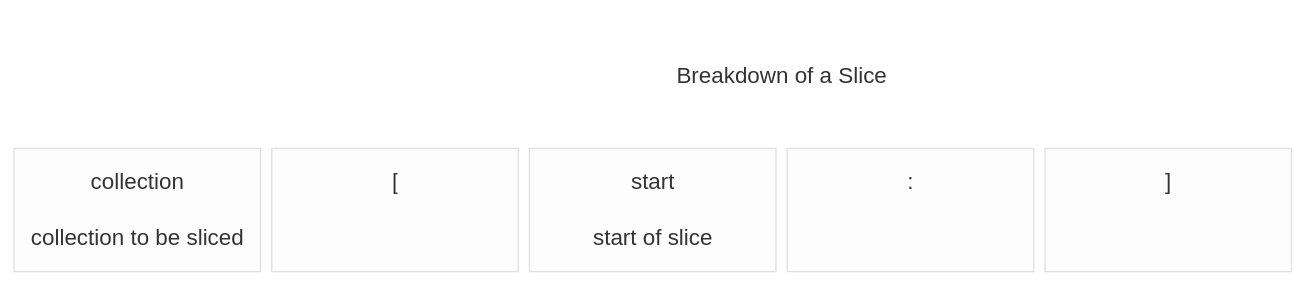
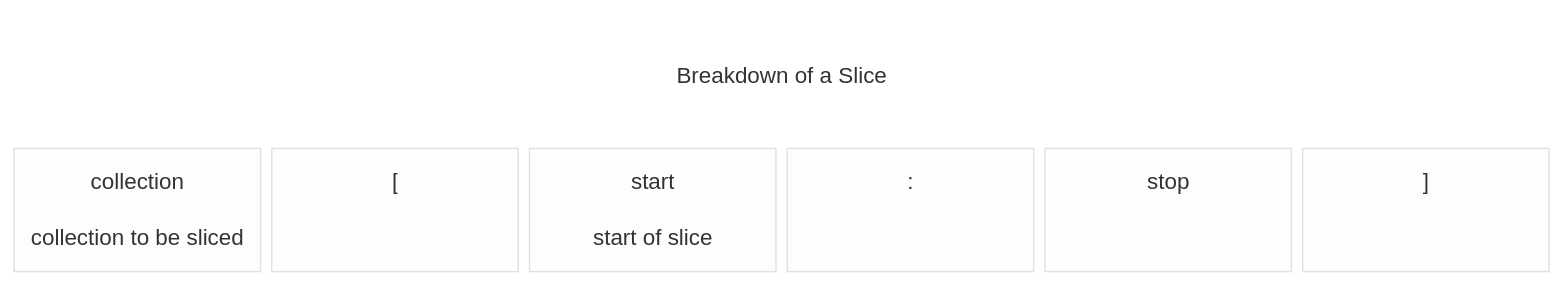
Before and after one commit to flempriere/BeginToCodeWithPython: the third of 3 diagrams in 03_UsefulPython/15_PythonProgramsAsNetworkServers/Chapter_15.md, drawn with Mermaid (neutral theme). The commit also changed other lines of this file and 80 other files, not shown here.

````diff
--- a/03_UsefulPython/15_PythonProgramsAsNetworkServers/Chapter_15.md
+++ b/03_UsefulPython/15_PythonProgramsAsNetworkServers/Chapter_15.md
@@ -521,58 +521,67 @@
 ``` mermaid
 block-beta
     columns 6
 
     classDef BG stroke:transparent, fill:transparent
 
 
     space
     title["Breakdown of a Slice"]:4
     space
 
     class title BG
 
     block:Collection
     columns 1
         collection["collection"]
         collectionDescr["collection to be sliced"]
     end
 
     class collection BG
     class collectionDescr BG
 
     block:openBracket
     columns 1
         openbracket["["]
         openbracketDescr[" "]
     end
 
     class openbracket BG
     class openbracketDescr BG
 
     block:Start
     columns 1
         start["start"]
         startDescr["start of slice"]
     end
 
     class start BG
     class startDescr BG
 
     block:Optional
     columns 1
         colon[":"]
         colonDescr[" "]
     end
 
     class colon BG
     class colonDescr BG
 
+    block:Stop
+    columns 1
+        stop["stop"]
+        stopDescr[" "]
+    end
+
+    class stop BG
+    class stopDescr BG
+
     block:End
         columns 1
         end_block["]"]
         endDescr[" "]
     end
 
     class end_block BG
     class endDescr BG
 ```
````
